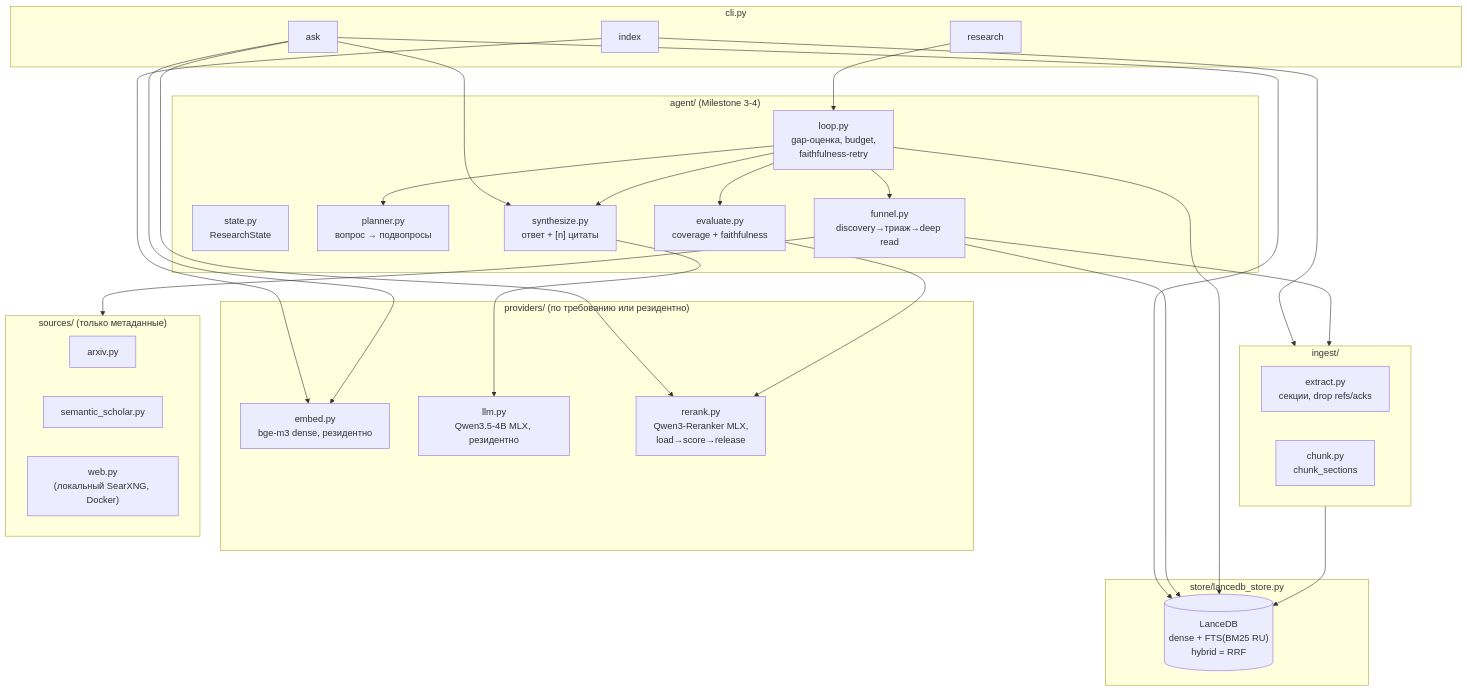
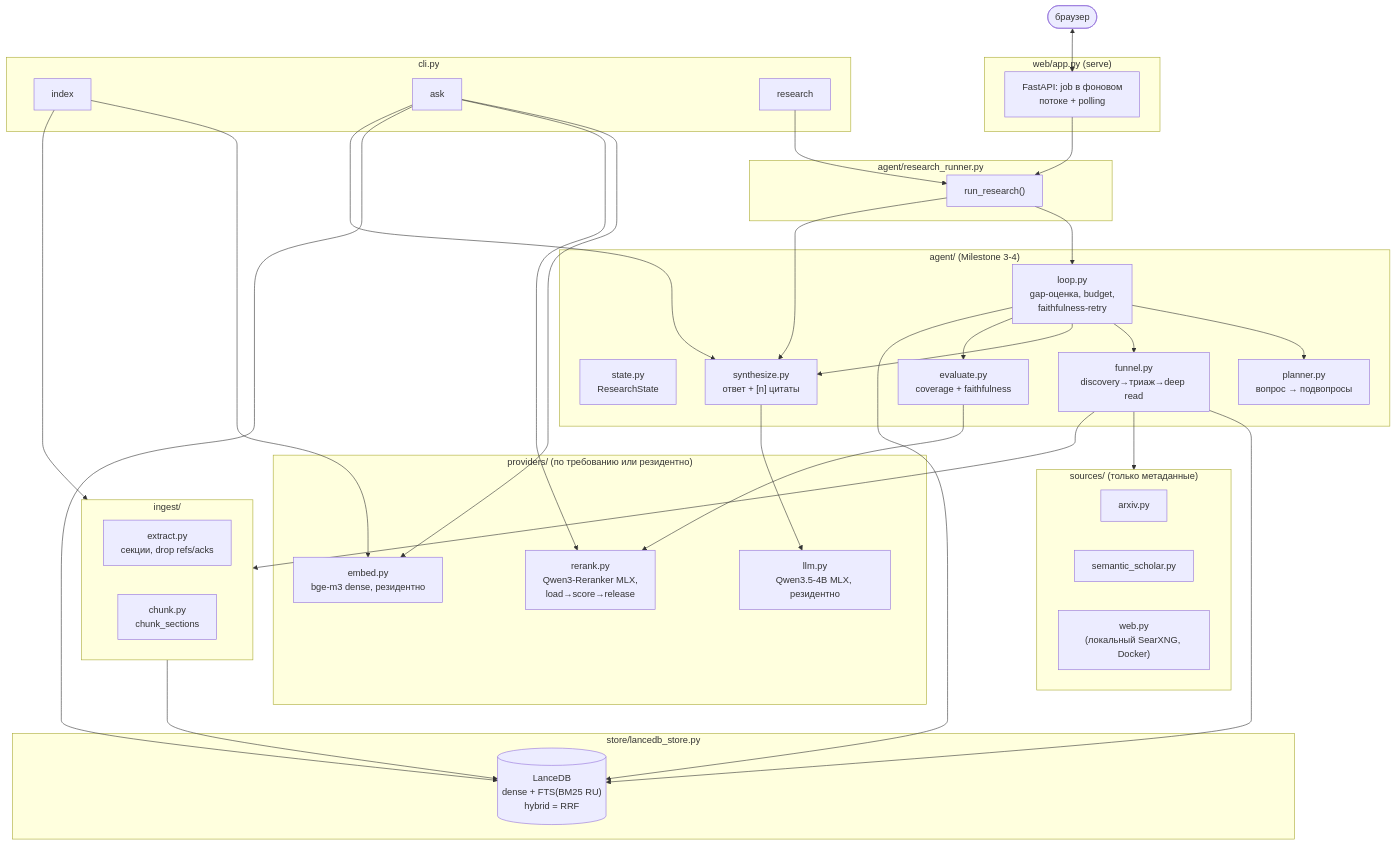
One commit to lucenticus/local-research-agent changed the diagram in README.md. Above: the diagram before and after it, drawn with Mermaid. The commit also changed other lines of this file and 13 other files, not shown here.

````diff
--- a/README.md
+++ b/README.md
@@ -26,50 +28,65 @@
 ```mermaid
 flowchart TB
+    browser(["браузер"])
+
+    subgraph web["web/app.py (serve)"]
+        fastapi["FastAPI: job в фоновом<br/>потоке + polling"]
+    end
+
     subgraph cli["cli.py"]
         index["index"]
         ask["ask"]
         research["research"]
+    end
+
+    subgraph runner["agent/research_runner.py"]
+        rr["run_research()"]
     end
 
     subgraph providers["providers/ (по требованию или резидентно)"]
         embed["embed.py<br/>bge-m3 dense, резидентно"]
         llm["llm.py<br/>Qwen3.5-4B MLX, резидентно"]
         rerank["rerank.py<br/>Qwen3-Reranker MLX,<br/>load→score→release"]
     end
 
     subgraph store["store/lancedb_store.py"]
         lance[("LanceDB<br/>dense + FTS(BM25 RU)<br/>hybrid = RRF")]
     end
 
     subgraph ingest["ingest/"]
         extract["extract.py<br/>секции, drop refs/acks"]
         chunk["chunk.py<br/>chunk_sections"]
     end
 
     subgraph agent["agent/ (Milestone 3-4)"]
         state["state.py<br/>ResearchState"]
         planner["planner.py<br/>вопрос → подвопросы"]
         funnel["funnel.py<br/>discovery→триаж→deep read"]
         loop["loop.py<br/>gap-оценка, budget,<br/>faithfulness-retry"]
         synth["synthesize.py<br/>ответ + [n] цитаты"]
         eval["evaluate.py<br/>coverage + faithfulness"]
     end
 
     subgraph sources["sources/ (только метаданные)"]
         arxiv["arxiv.py"]
         s2["semantic_scholar.py"]
-        web["web.py<br/>(локальный SearXNG, Docker)"]
+        websearch["web.py<br/>(локальный SearXNG, Docker)"]
     end
+
+    browser <--> fastapi
+    fastapi --> rr
+    research --> rr
+    rr --> loop
+    rr --> synth
 
     index --> ingest --> lance
     index --> embed
     ask --> embed & rerank & lance & synth
-    research --> loop
     loop --> planner & funnel & synth & eval
     funnel --> sources
     funnel --> ingest
     funnel --> lance
     loop --> lance
     eval --> rerank
     synth --> llm
 ```
````
